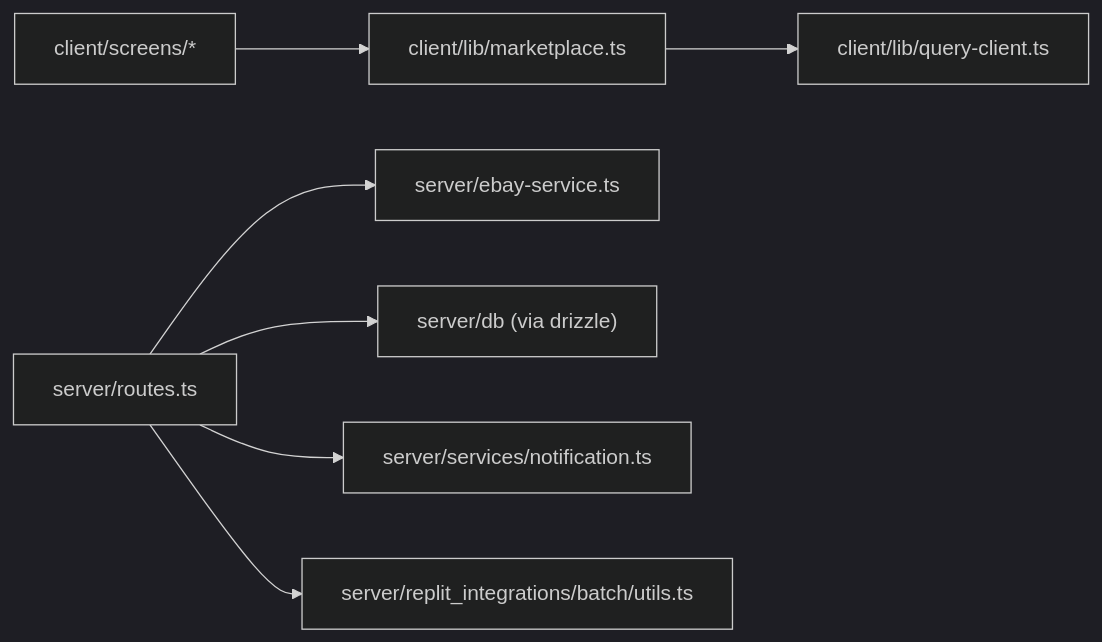
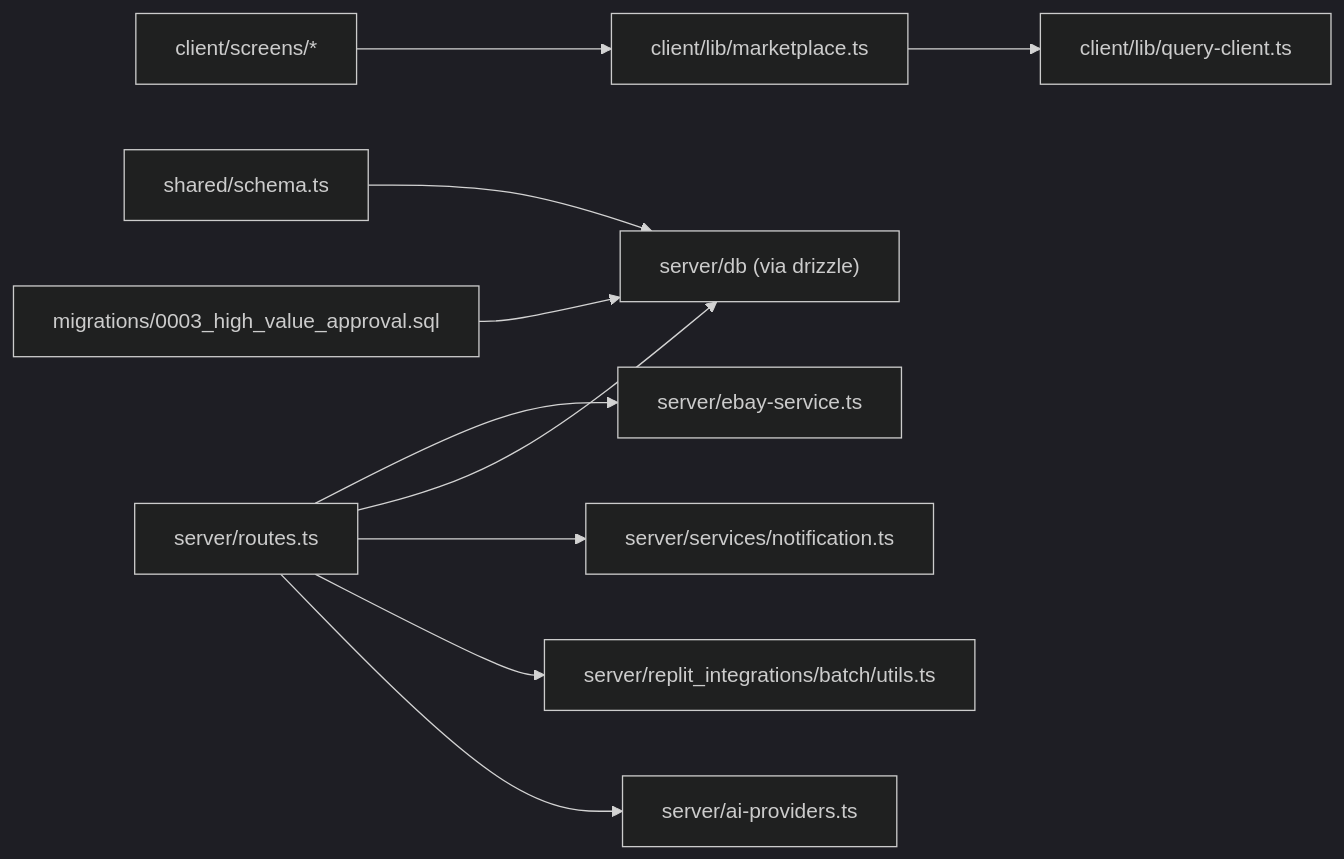
One commit to hunglevi87/Hidden-Gem changed the sixth of 6 diagrams in .qoder/repowiki/en/content/Marketplace Integration/Marketplace Integration.md. Above: the diagram before and after it, drawn with Mermaid (dark theme). The commit also changed other lines of this file and 5 other files, not shown here.

````diff
--- a/.qoder/repowiki/en/content/Marketplace Integration/Marketplace Integration.md
+++ b/.qoder/repowiki/en/content/Marketplace Integration/Marketplace Integration.md
@@ -311,9 +493,12 @@
 ```mermaid
 graph LR
 MP["client/lib/marketplace.ts"] --> QC["client/lib/query-client.ts"]
 UI["client/screens/*"] --> MP
 RT["server/routes.ts"] --> ES["server/ebay-service.ts"]
 RT --> DB["server/db (via drizzle)"]
 RT --> NT["server/services/notification.ts"]
 RT --> BT["server/replit_integrations/batch/utils.ts"]
+RT --> AI["server/ai-providers.ts"]
+SC["shared/schema.ts"] --> DB
+MIG["migrations/0003_high_value_approval.sql"] --> DB
 ```
````
